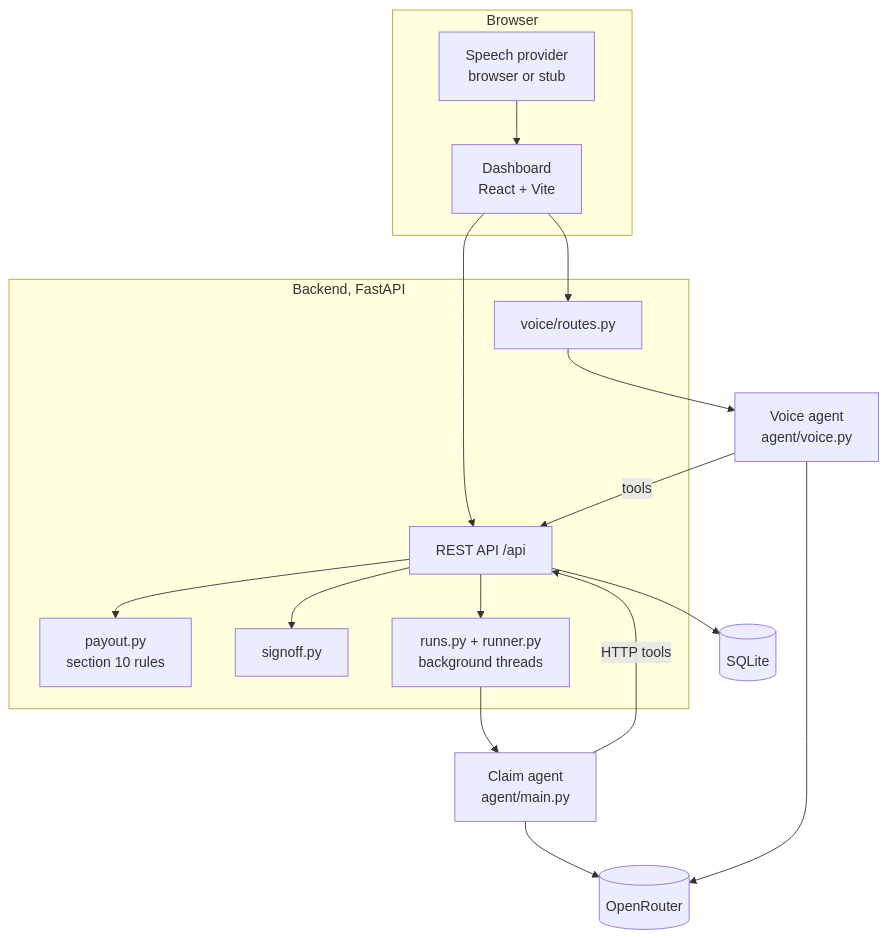
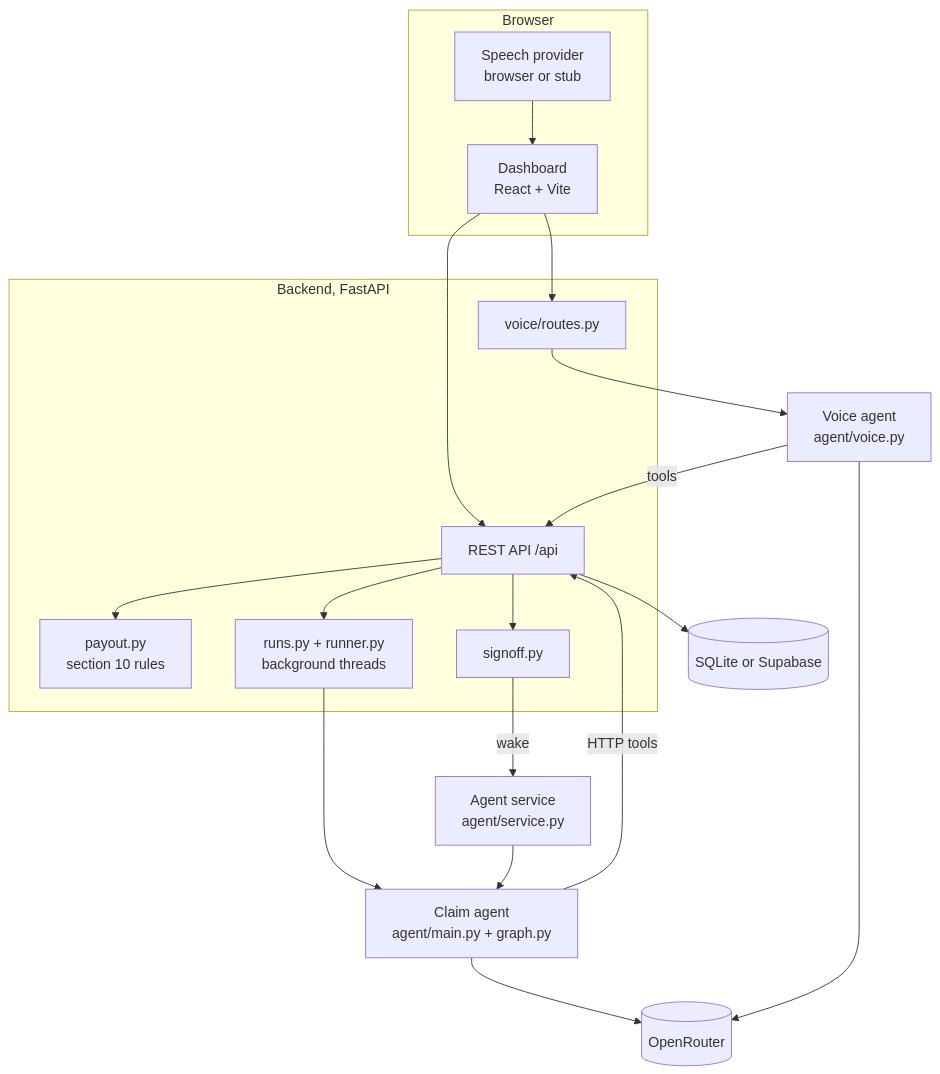
One commit to abideenz01/Cipher-Cover changed the first of 2 diagrams in docs/ARCHITECTURE.md. Above: the diagram before and after it, drawn with Mermaid. The commit also changed other lines of this file and 10 other files, not shown here.

````diff
--- a/docs/ARCHITECTURE.md
+++ b/docs/ARCHITECTURE.md
@@ -7,34 +7,37 @@
 ```mermaid
 flowchart TB
     subgraph Browser
         D[Dashboard<br/>React + Vite]
         VP[Speech provider<br/>browser or stub]
     end
 
     subgraph Backend [Backend, FastAPI]
         API[REST API /api]
         P[payout.py<br/>section 10 rules]
         SO[signoff.py]
         RN[runs.py + runner.py<br/>background threads]
         VR[voice/routes.py]
     end
 
-    DB[(SQLite)]
-    A[Claim agent<br/>agent/main.py]
+    DB[(SQLite or Supabase)]
+    A[Claim agent<br/>agent/main.py + graph.py]
+    S[Agent service<br/>agent/service.py]
     VA[Voice agent<br/>agent/voice.py]
     LLM[(OpenRouter)]
 
     D --> API
     VP --> D
     D --> VR
     API --> DB
     API --> P
     API --> SO
     API --> RN
     RN --> A
+    SO -->|wake| S
+    S --> A
     VR --> VA
     A -->|HTTP tools| API
     VA -->|tools| API
     A --> LLM
     VA --> LLM
 ```
````
